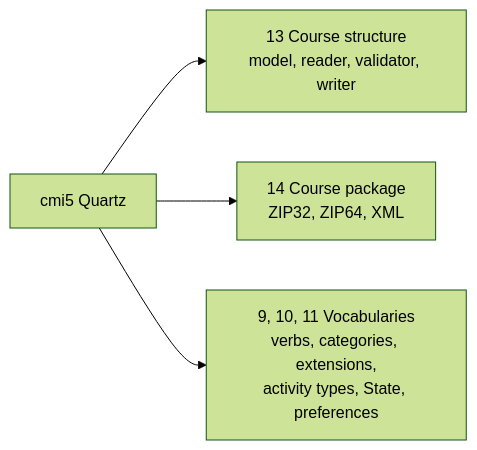
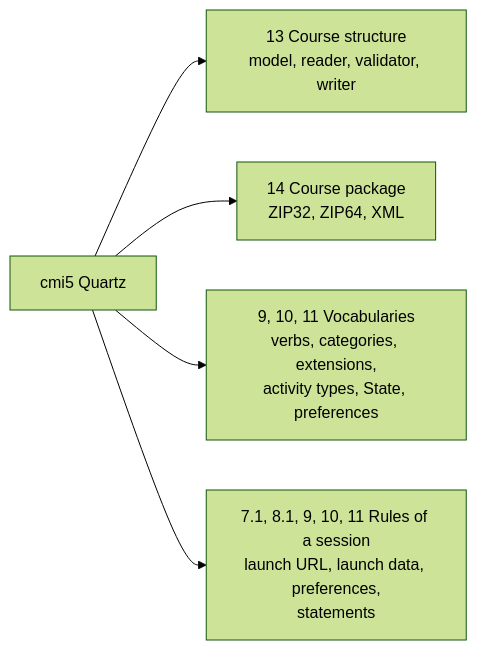
Before and after one commit to interopkit/interopkit: the diagram in docs/course-launch/supported.md, drawn with Mermaid (forest theme). The commit also changed other lines of this file and 33 other files, not shown here.

````diff
--- a/docs/course-launch/supported.md
+++ b/docs/course-launch/supported.md
@@ -7,6 +7,7 @@
 ```mermaid
 flowchart LR
   spec["cmi5 Quartz"] --> structure["13 Course structure<br/>model, reader, validator, writer"]
   spec --> package["14 Course package<br/>ZIP32, ZIP64, XML"]
   spec --> vocab["9, 10, 11 Vocabularies<br/>verbs, categories, extensions,<br/>activity types, State, preferences"]
+  spec --> rules["7.1, 8.1, 9, 10, 11 Rules of a session<br/>launch URL, launch data, preferences,<br/>statements"]
 ```
````
